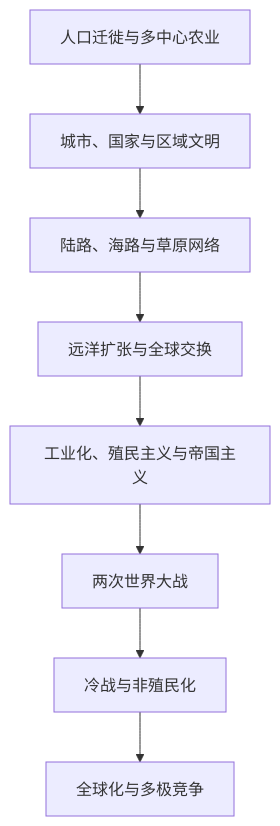
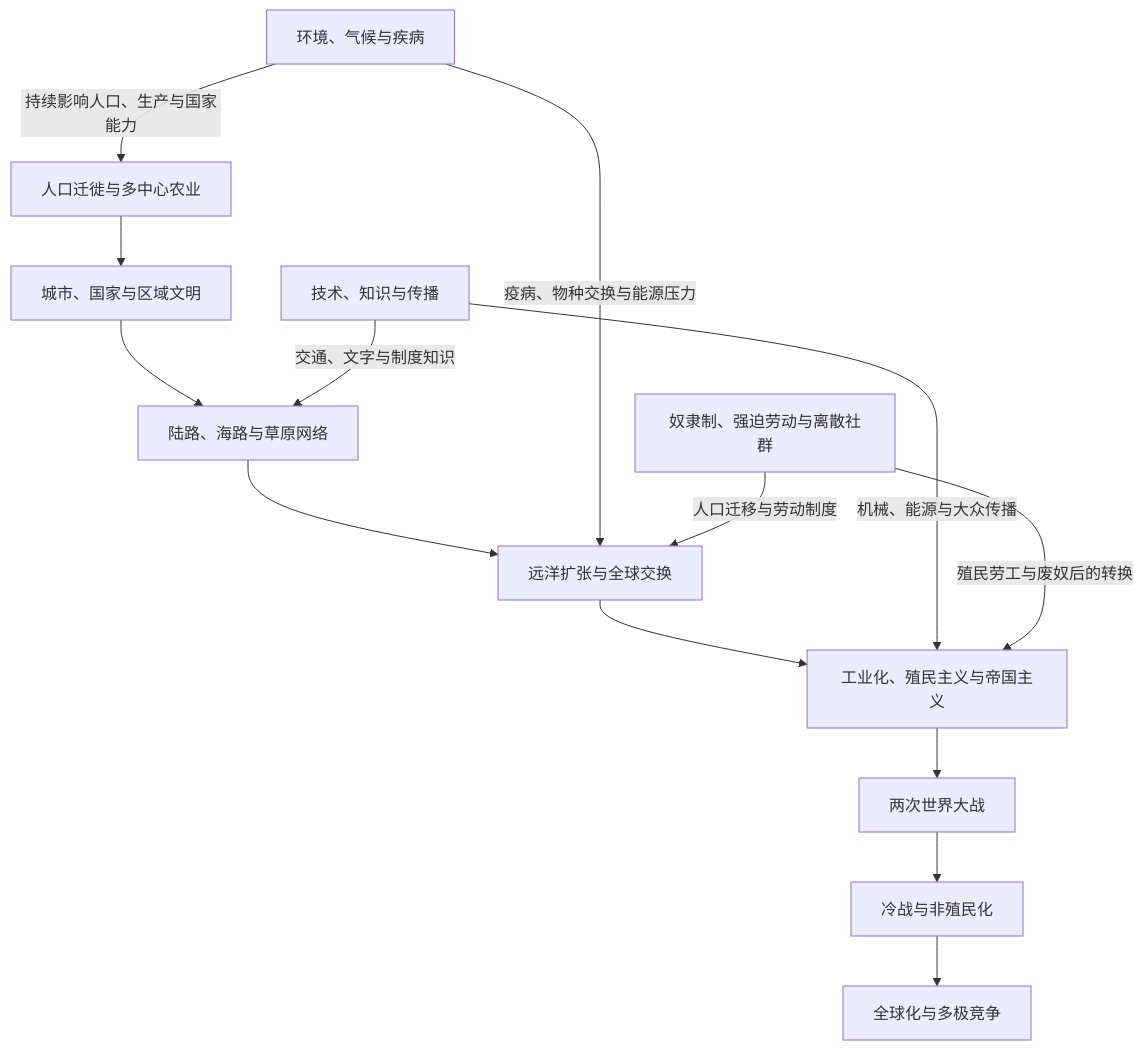
The diagram in 人文科学/历史/_通史/README.md (tianlan-dev/learning-notes), drawn with Mermaid before and after one commit. The commit also changed other lines of this file and 41 other files, not shown here.

````diff
--- a/人文科学/历史/_通史/README.md
+++ b/人文科学/历史/_通史/README.md
@@ -13,10 +13,16 @@
 ```mermaid
 flowchart TD
     Migration["人口迁徙与多中心农业"] --> Cities["城市、国家与区域文明"]
     Cities --> Networks["陆路、海路与草原网络"]
     Networks --> Oceanic["远洋扩张与全球交换"]
     Oceanic --> Industry["工业化、殖民主义与帝国主义"]
     Industry --> Wars["两次世界大战"]
     Wars --> ColdWar["冷战与非殖民化"]
     ColdWar --> Globalization["全球化与多极竞争"]
+    Environment["环境、气候与疾病"] -->|持续影响人口、生产与国家能力| Migration
+    Environment -->|疫病、物种交换与能源压力| Oceanic
+    Technology["技术、知识与传播"] -->|交通、文字与制度知识| Networks
+    Technology -->|机械、能源与大众传播| Industry
+    Coercion["奴隶制、强迫劳动与离散社群"] -->|人口迁移与劳动制度| Oceanic
+    Coercion -->|殖民劳工与废奴后的转换| Industry
 ```
````
